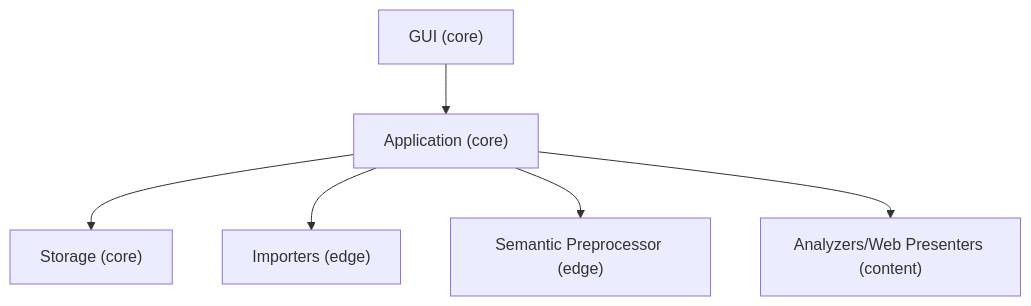
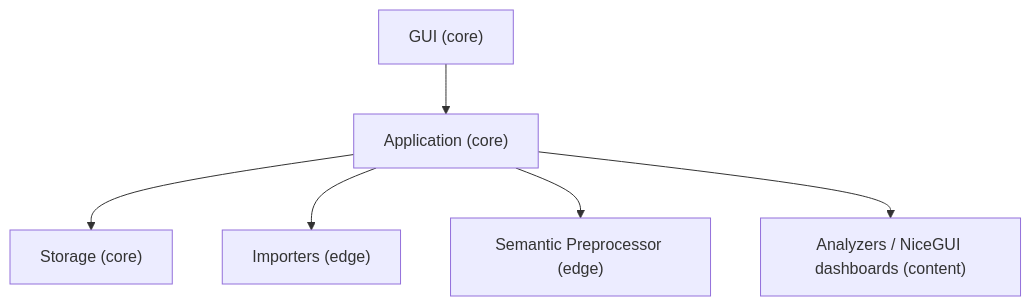
One commit to civictechdc/cib-mango-tree changed the diagram in docs/guides/design-philosophy/architecture.md. Above: the diagram before and after it, drawn with Mermaid. The commit also changed other lines of this file and 25 other files, not shown here.

````diff
--- a/docs/guides/design-philosophy/architecture.md
+++ b/docs/guides/design-philosophy/architecture.md
@@ -26,19 +26,19 @@
 ```mermaid
 flowchart TD
   gui["GUI (core)"]
   application["Application (core)"]
   storage["Storage (core)"]
 
   importers["Importers (edge)"]
   semantic["Semantic Preprocessor (edge)"]
 
-  content["Analyzers/Web Presenters (content)"]
+  content["Analyzers / NiceGUI dashboards (content)"]
 
   gui --> application
   application --> storage
 
   application --> importers
   application --> semantic
 
   application --> content
 ```
````
